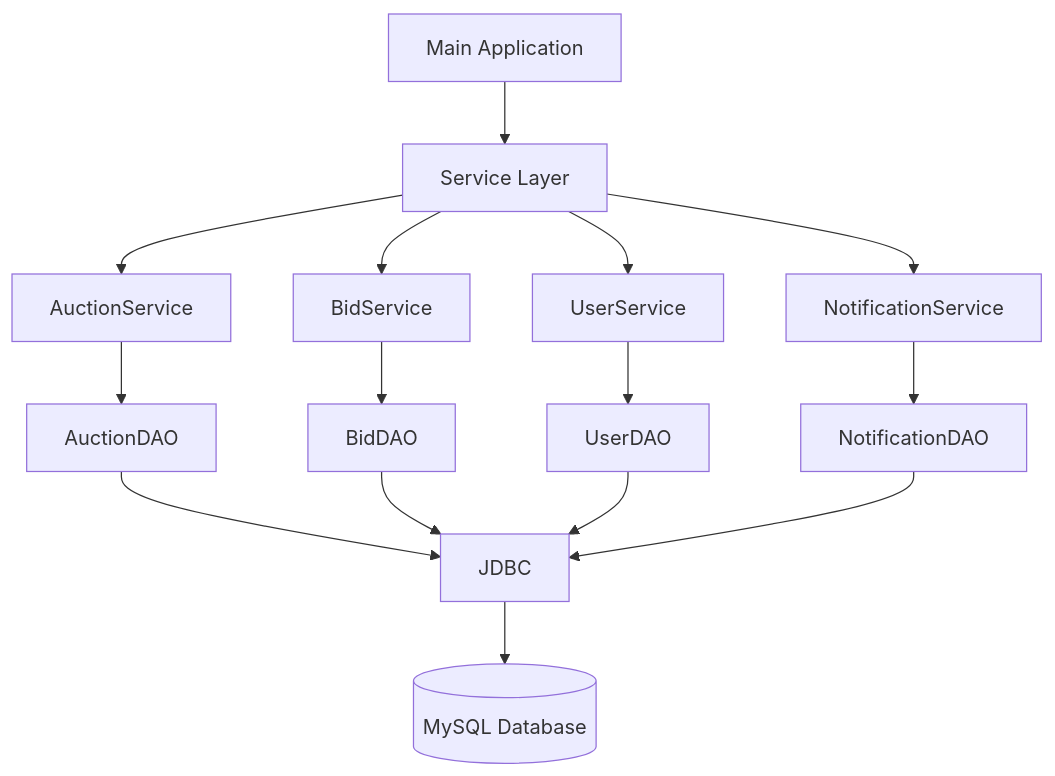
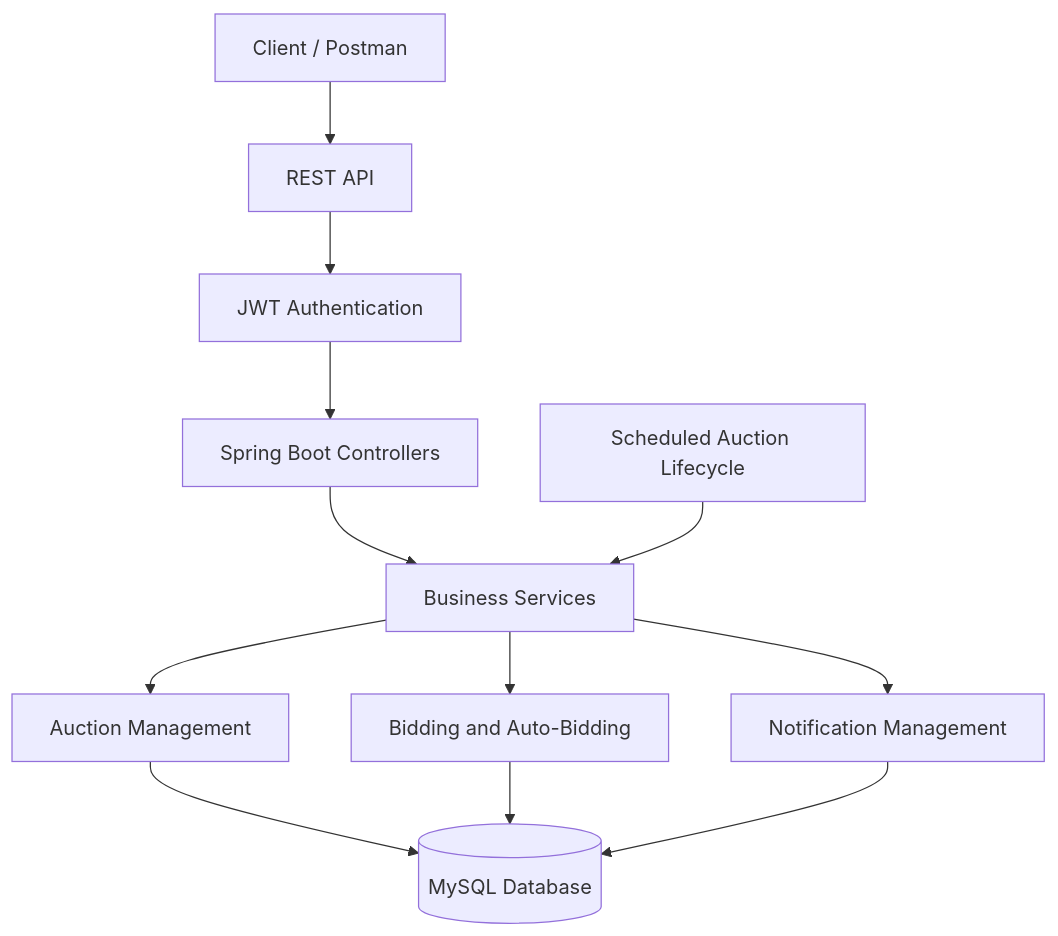
One commit to sujithakrishna/livebid-auction-system changed the first of 2 diagrams in README.md. Above: the diagram before and after it, drawn with Mermaid. The commit also changed other lines of this file, not shown here.

````diff
--- a/README.md
+++ b/README.md
@@ -101,21 +97,14 @@
 ```mermaid
 flowchart TD
-    A[Main Application] --> B[Service Layer]
-
-    B --> B1[AuctionService]
-    B --> B2[BidService]
-    B --> B3[UserService]
-    B --> B4[NotificationService]
-
-    B1 --> C[AuctionDAO]
-    B2 --> D[BidDAO]
-    B3 --> E[UserDAO]
-    B4 --> F[NotificationDAO]
-
-    C --> G[JDBC]
-    D --> G
-    E --> G
-    F --> G
-
-    G --> H[(MySQL Database)]
+    A[Client / Postman] --> B[REST API]
+    B --> C[JWT Authentication]
+    C --> D[Spring Boot Controllers]
+    D --> E[Business Services]
+    E --> F[Auction Management]
+    E --> G[Bidding and Auto-Bidding]
+    E --> H[Notification Management]
+    F --> I[(MySQL Database)]
+    G --> I
+    H --> I
+    J[Scheduled Auction Lifecycle] --> E
 ```
````
